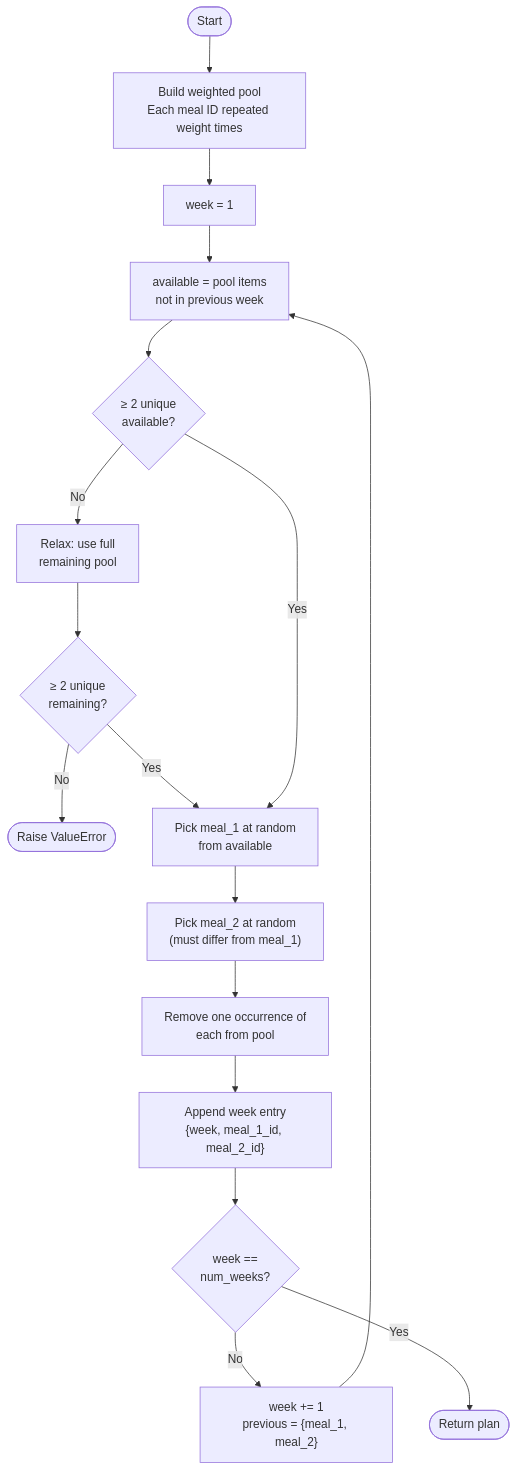
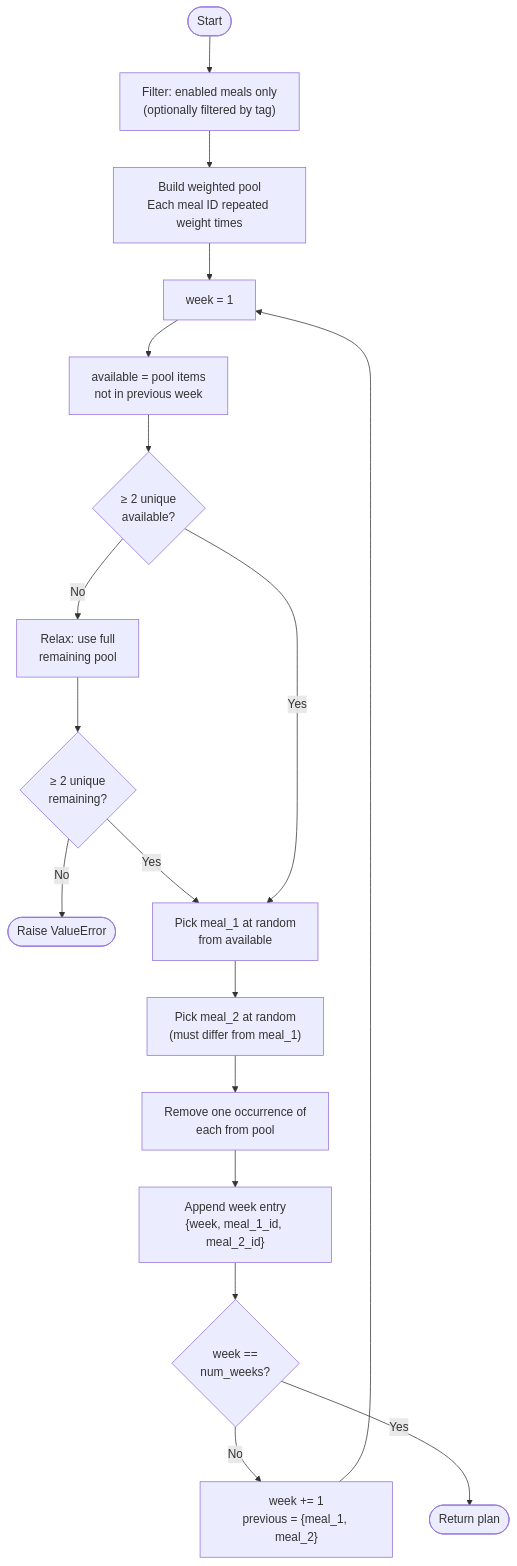
The sixth of 6 diagrams in docs/architecture.md (deilers/meal-planning), drawn with Mermaid before and after one commit. The commit also changed other lines of this file and 1 other file, not shown here.

Commit message:
Update architecture and implementation plan docs for Phase 3

````diff
--- a/docs/architecture.md
+++ b/docs/architecture.md
@@ -145,19 +147,20 @@
 ```mermaid
 flowchart TD
-    A([Start]) --> B["Build weighted pool<br/>Each meal ID repeated weight times"]
-    B --> C["week = 1"]
-    C --> D["available = pool items<br/>not in previous week"]
-    D --> E{≥ 2 unique<br/>available?}
-    E -- No --> F["Relax: use full<br/>remaining pool"]
-    F --> G{≥ 2 unique<br/>remaining?}
-    G -- No --> H([Raise ValueError])
-    G -- Yes --> I
-    E -- Yes --> I["Pick meal_1 at random<br/>from available"]
-    I --> J["Pick meal_2 at random<br/>(must differ from meal_1)"]
-    J --> K["Remove one occurrence of<br/>each from pool"]
-    K --> L["Append week entry<br/>{week, meal_1_id, meal_2_id}"]
-    L --> M{week ==<br/>num_weeks?}
-    M -- No --> N["week += 1<br/>previous = {meal_1, meal_2}"]
-    N --> D
-    M -- Yes --> O([Return plan])
+    A([Start]) --> B["Filter: enabled meals only<br/>(optionally filtered by tag)"]
+    B --> C["Build weighted pool<br/>Each meal ID repeated weight times"]
+    C --> D["week = 1"]
+    D --> E["available = pool items<br/>not in previous week"]
+    E --> F{≥ 2 unique<br/>available?}
+    F -- No --> G["Relax: use full<br/>remaining pool"]
+    G --> H{≥ 2 unique<br/>remaining?}
+    H -- No --> I([Raise ValueError])
+    H -- Yes --> J
+    F -- Yes --> J["Pick meal_1 at random<br/>from available"]
+    J --> K["Pick meal_2 at random<br/>(must differ from meal_1)"]
+    K --> L["Remove one occurrence of<br/>each from pool"]
+    L --> M["Append week entry<br/>{week, meal_1_id, meal_2_id}"]
+    M --> N{week ==<br/>num_weeks?}
+    N -- No --> O["week += 1<br/>previous = {meal_1, meal_2}"]
+    O --> D
+    N -- Yes --> P([Return plan])
 ```
````
